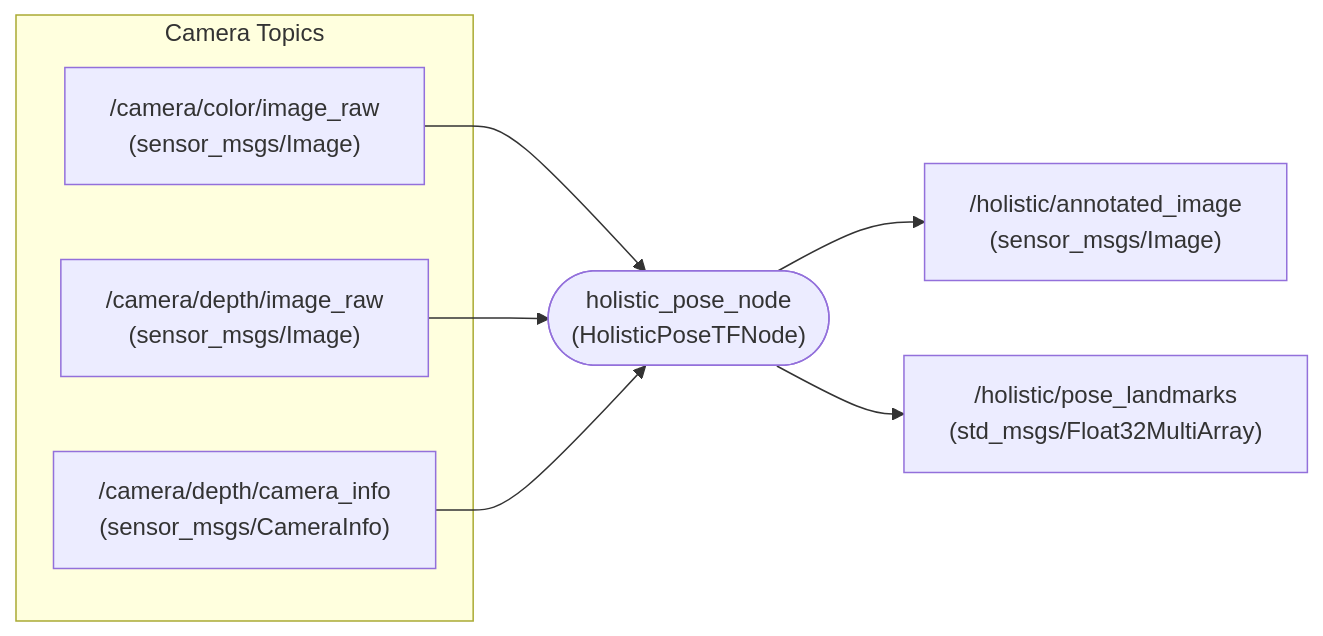
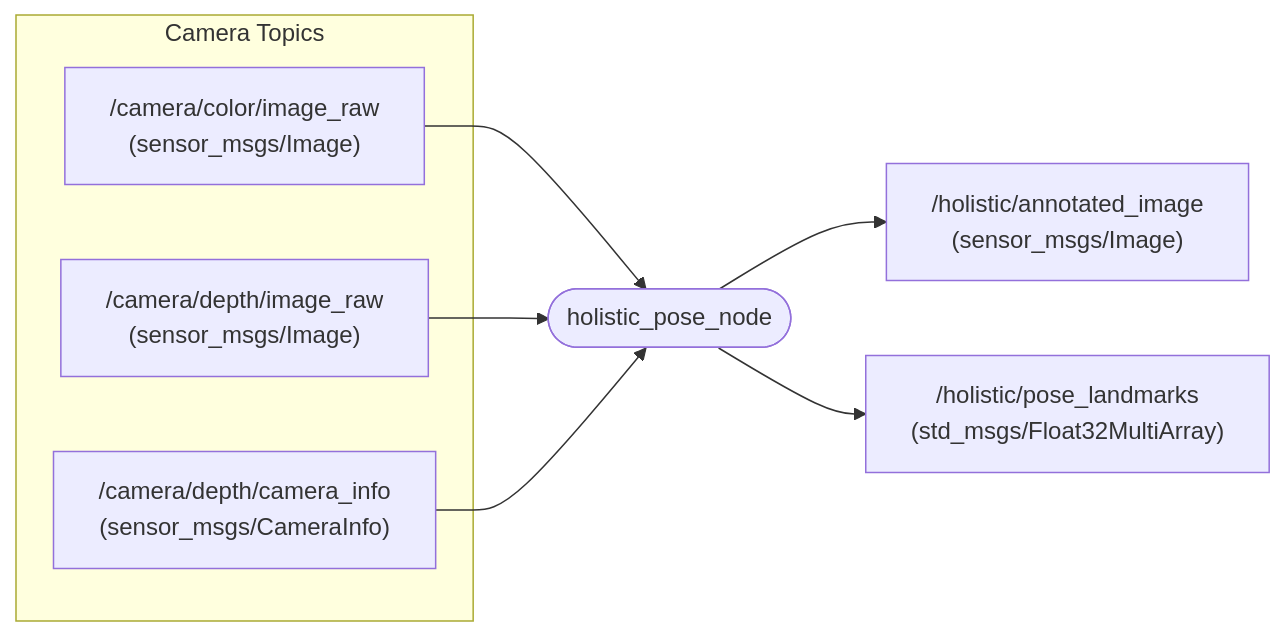
One commit to iHaruruki/mediapipe_ros2 changed the diagram in README.md. Above: the diagram before and after it, drawn with Mermaid.

````diff
--- a/README.md
+++ b/README.md
@@ -6,23 +6,23 @@
 ```mermaid
 flowchart LR
   %% ---------- Input topics ----------
   subgraph Camera Topics
     CIMG["/camera/color/image_raw<br/>(sensor_msgs/Image)"]
     DIMG["/camera/depth/image_raw<br/>(sensor_msgs/Image)"]
     DINFO["/camera/depth/camera_info<br/>(sensor_msgs/CameraInfo)"]
   end
 
   %% ---------- Node ----------
-  NODE(["holistic_pose_node<br/>(HolisticPoseTFNode)"])
+  NODE([holistic_pose_node])
 
   CIMG --> NODE
   DIMG --> NODE
   DINFO --> NODE
 
   %% ---------- Output topics ----------
   ANN["/holistic/annotated_image<br/>(sensor_msgs/Image)"]
   LM["/holistic/pose_landmarks<br/>(std_msgs/Float32MultiArray)"]
 
   NODE --> ANN
   NODE --> LM
 ```
````
